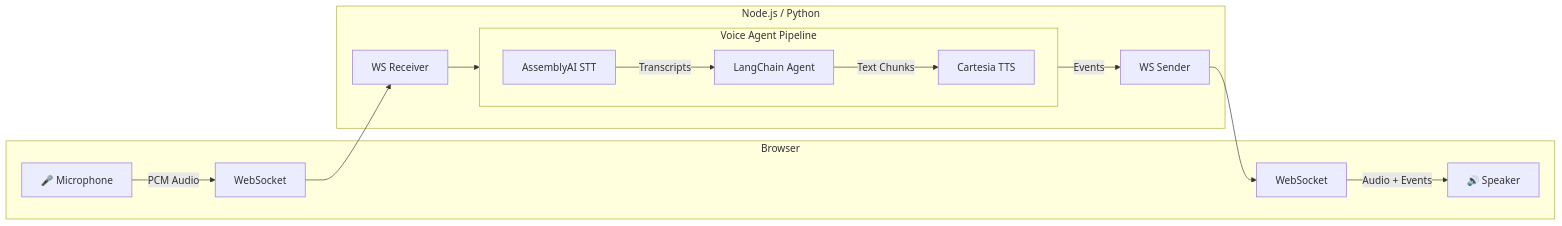
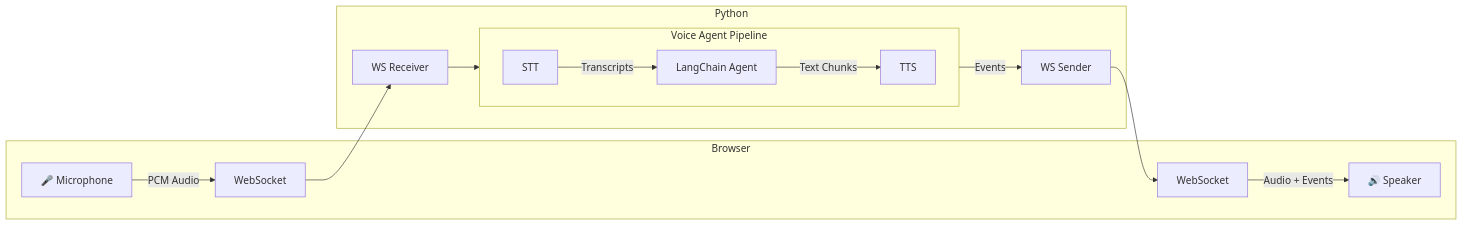
Before and after one commit to karan-parekh/sim-atc: the diagram in README.md, drawn with Mermaid. The commit also changed other lines of this file, not shown here.

````diff
--- a/README.md
+++ b/README.md
@@ -9,22 +15,22 @@
 ```mermaid
 flowchart LR
     subgraph Client [Browser]
         Mic[🎤 Microphone] -->|PCM Audio| WS_Out[WebSocket]
         WS_In[WebSocket] -->|Audio + Events| Speaker[🔊 Speaker]
     end
 
-    subgraph Server [Node.js / Python]
+    subgraph Server [Python]
         WS_Receiver[WS Receiver] --> Pipeline
 
         subgraph Pipeline [Voice Agent Pipeline]
             direction LR
-            STT[AssemblyAI STT] -->|Transcripts| Agent[LangChain Agent]
-            Agent -->|Text Chunks| TTS[Cartesia TTS]
+            STT[STT] -->|Transcripts| Agent[LangChain Agent]
+            Agent -->|Text Chunks| TTS[TTS]
         end
 
         Pipeline -->|Events| WS_Sender[WS Sender]
     end
 
     WS_Out --> WS_Receiver
     WS_Sender --> WS_In
 ```
````
